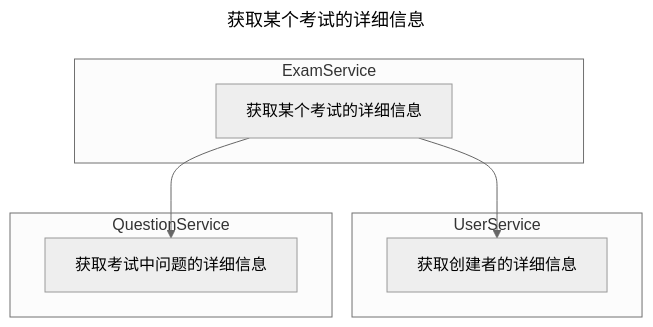
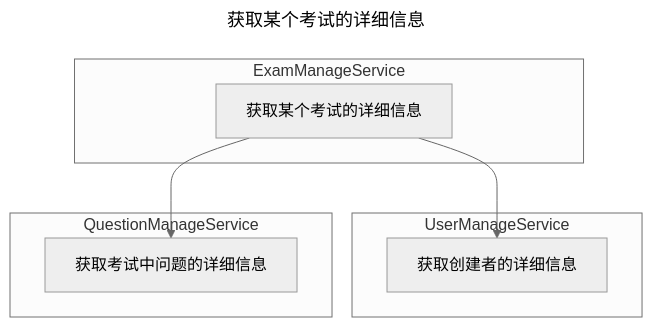
Before and after one commit to HBY-STAR/2024_Spring_CloudNative_Lab: diagram 11 of 17 in docs_hby/lab3-task2-group-8.md, drawn with Mermaid (neutral theme). The commit also changed other lines of this file and 1 other file, not shown here.

````diff
--- a/docs_hby/lab3-task2-group-8.md
+++ b/docs_hby/lab3-task2-group-8.md
@@ -423,17 +448,17 @@
 ```mermaid
 ---
 title: 获取某个考试的详细信息
 ---
 flowchart TD
     exam_detail[获取某个考试的详细信息] --> question_get[获取考试中问题的详细信息]
     exam_detail[获取某个考试的详细信息] --> user_get[获取创建者的详细信息]
-    subgraph ExamService
+    subgraph ExamManageService
         exam_detail  
     end
-    subgraph UserService
+    subgraph UserManageService
         user_get
     end
-    subgraph QuestionService
+    subgraph QuestionManageService
         question_get
     end
 ```
````
